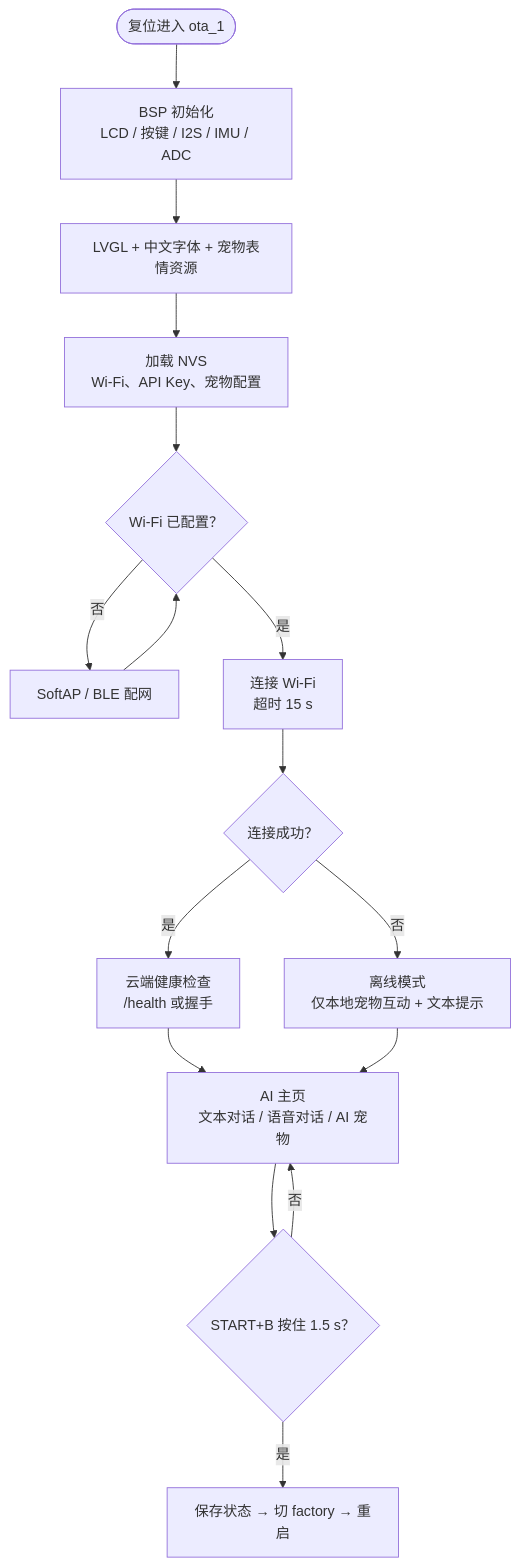
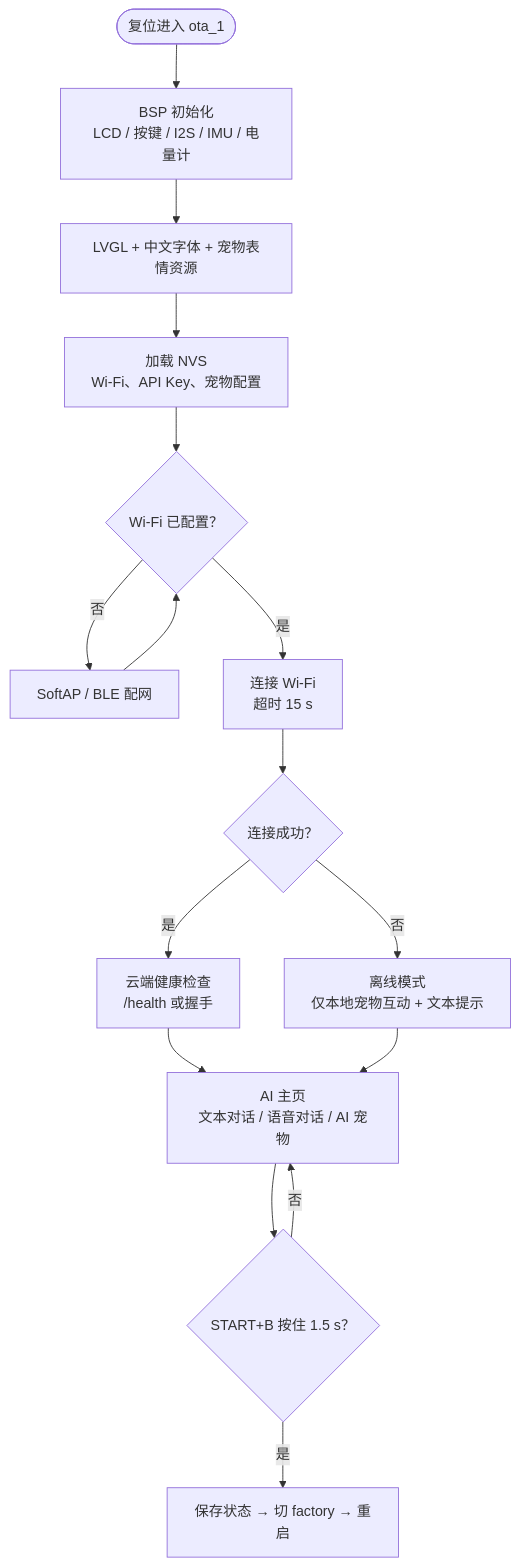
One commit to WPxyz-moon/ESP32HandledConsole changed the sixth of 11 diagrams in docs/02-子系统流程图.md. Above: the diagram before and after it, drawn with Mermaid. The commit also changed other lines of this file and 25 other files, not shown here.

````diff
--- a/docs/02-子系统流程图.md
+++ b/docs/02-子系统流程图.md
@@ -171,18 +173,18 @@
 ```mermaid
 flowchart TD
-    S(["复位进入 ota_1"]) --> B["BSP 初始化<br/>LCD / 按键 / I2S / IMU / ADC"]
+    S(["复位进入 ota_1"]) --> B["BSP 初始化<br/>LCD / 按键 / I2S / IMU / 电量计"]
     B --> L["LVGL + 中文字体 + 宠物表情资源"]
     L --> N["加载 NVS<br/>Wi-Fi、API Key、宠物配置"]
     N --> C{"Wi-Fi 已配置？"}
     C -->|"否"| P["SoftAP / BLE 配网"]
     P --> C
     C -->|"是"| W["连接 Wi-Fi<br/>超时 15 s"]
     W --> OK{"连接成功？"}
     OK -->|"否"| O["离线模式<br/>仅本地宠物互动 + 文本提示"]
     OK -->|"是"| H["云端健康检查<br/>/health 或握手"]
     H --> UI["AI 主页<br/>文本对话 / 语音对话 / AI 宠物"]
     O --> UI
     UI --> EXIT{"START+B 按住 1.5 s？"}
     EXIT -->|"是"| R["保存状态 → 切 factory → 重启"]
     EXIT -->|"否"| UI
 ```
````
